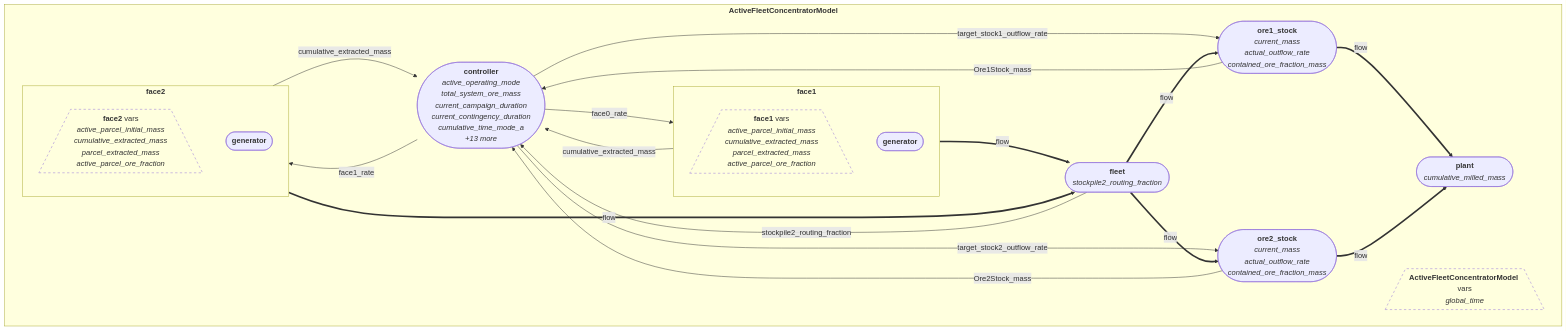
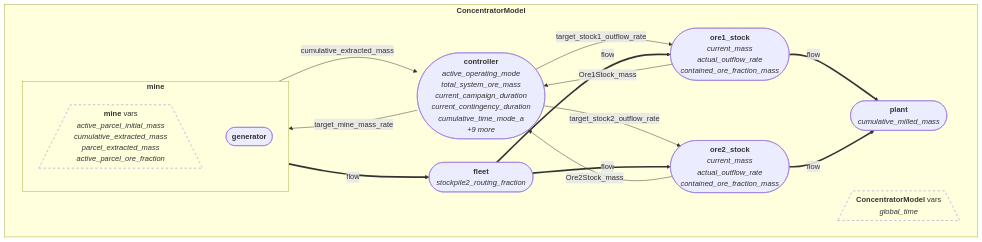
The diagram in Concentrator_Module_Graph.md (epicgamer17/mining-drs), drawn with Mermaid before and after one commit. The commit also changed other lines of this file and 23 other files, not shown here.

````diff
--- a/Concentrator_Module_Graph.md
+++ b/Concentrator_Module_Graph.md
@@ -22,37 +20,28 @@
 ```mermaid
 flowchart TD
-subgraph root["<b>ActiveFleetConcentratorModel</b>"]
-    root_vars[/"<b>ActiveFleetConcentratorModel</b> vars<br><i>global_time</i>"\]
+subgraph root["<b>ConcentratorModel</b>"]
+    root_vars[/"<b>ConcentratorModel</b> vars<br><i>global_time</i>"\]
     style root_vars fill:transparent,stroke-dasharray: 5 5
-    subgraph face1["<b>face1</b>"]
-        face1_vars[/"<b>face1</b> vars<br><i>active_parcel_initial_mass</i><br><i>cumulative_extracted_mass</i><br><i>parcel_extracted_mass</i><br><i>active_parcel_ore_fraction</i>"\]
-        style face1_vars fill:transparent,stroke-dasharray: 5 5
-        face1_generator(["<b>generator</b>"])
-    end
-    subgraph face2["<b>face2</b>"]
-        face2_vars[/"<b>face2</b> vars<br><i>active_parcel_initial_mass</i><br><i>cumulative_extracted_mass</i><br><i>parcel_extracted_mass</i><br><i>active_parcel_ore_fraction</i>"\]
-        style face2_vars fill:transparent,stroke-dasharray: 5 5
-        face2_generator(["<b>generator</b>"])
+    subgraph mine["<b>mine</b>"]
+        mine_vars[/"<b>mine</b> vars<br><i>active_parcel_initial_mass</i><br><i>cumulative_extracted_mass</i><br><i>parcel_extracted_mass</i><br><i>active_parcel_ore_fraction</i>"\]
+        style mine_vars fill:transparent,stroke-dasharray: 5 5
+        mine_generator(["<b>generator</b>"])
     end
     fleet(["<b>fleet</b><br><i>stockpile2_routing_fraction</i>"])
     ore1_stock(["<b>ore1_stock</b><br><i>current_mass</i><br><i>actual_outflow_rate</i><br><i>contained_ore_fraction_mass</i>"])
     ore2_stock(["<b>ore2_stock</b><br><i>current_mass</i><br><i>actual_outflow_rate</i><br><i>contained_ore_fraction_mass</i>"])
     plant(["<b>plant</b><br><i>cumulative_milled_mass</i>"])
-    controller(["<b>controller</b><br><i>active_operating_mode</i><br><i>total_system_ore_mass</i><br><i>current_campaign_duration</i><br><i>current_contingency_duration</i><br><i>cumulative_time_mode_a</i><br><i>+13 more</i>"])
+    controller(["<b>controller</b><br><i>active_operating_mode</i><br><i>total_system_ore_mass</i><br><i>current_campaign_duration</i><br><i>current_contingency_duration</i><br><i>cumulative_time_mode_a</i><br><i>+9 more</i>"])
 end
-    controller -->|face0_rate| face1
-    controller -->|face1_rate| face2
+    controller -->|target_mine_mass_rate| mine
     controller -->|target_stock1_outflow_rate| ore1_stock
     controller -->|target_stock2_outflow_rate| ore2_stock
-    face1 -->|cumulative_extracted_mass| controller
-    face2 -->|cumulative_extracted_mass| controller
+    mine -->|cumulative_extracted_mass| controller
     ore1_stock -->|Ore1Stock_mass| controller
     ore2_stock -->|Ore2Stock_mass| controller
-    fleet -->|stockpile2_routing_fraction| controller
-    face1 ==>|flow| fleet
-    face2 ==>|flow| fleet
+    mine ==>|flow| fleet
     fleet ==>|flow| ore1_stock
     fleet ==>|flow| ore2_stock
     ore1_stock ==>|flow| plant
     ore2_stock ==>|flow| plant
 ```
````
